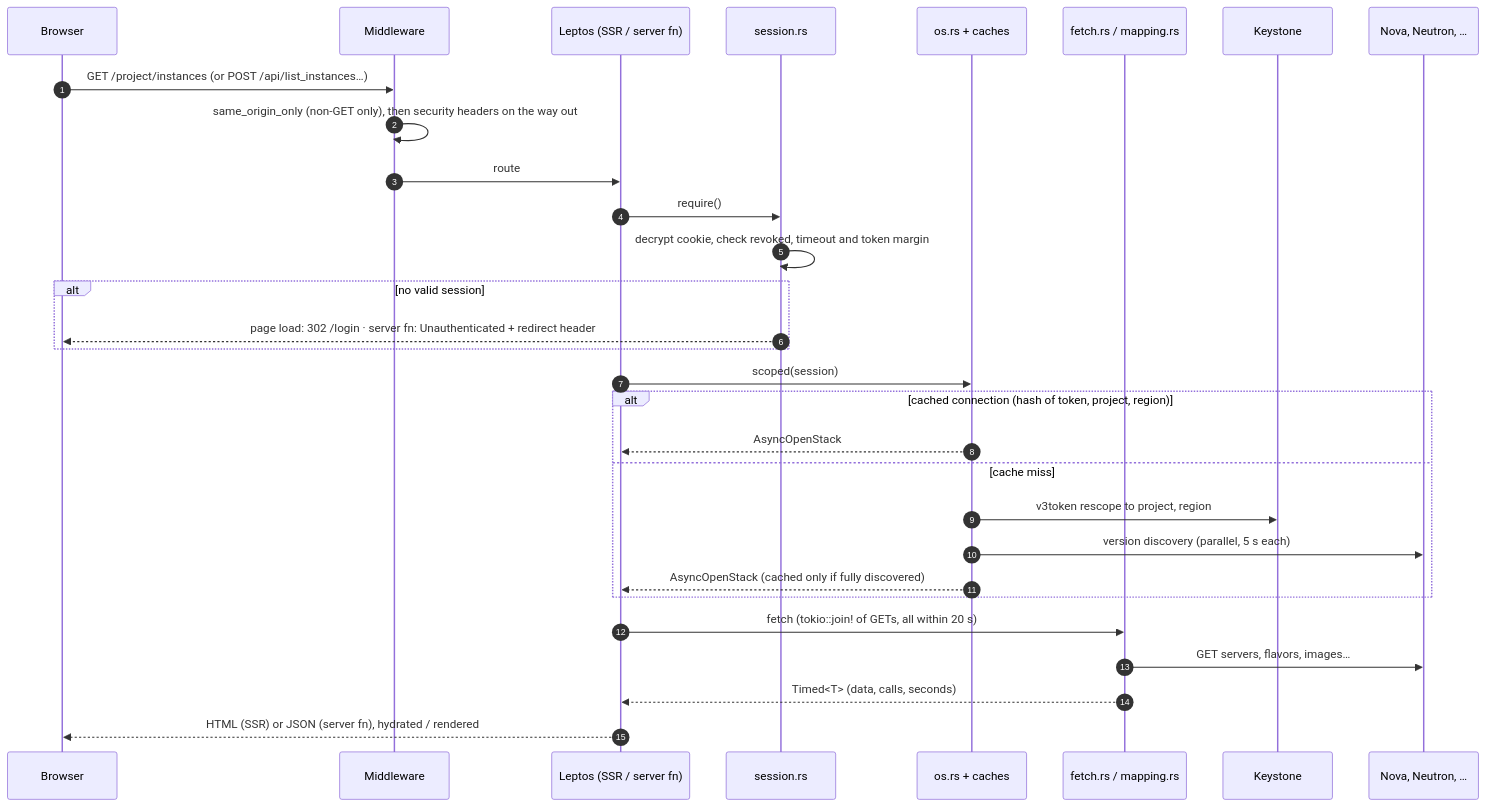
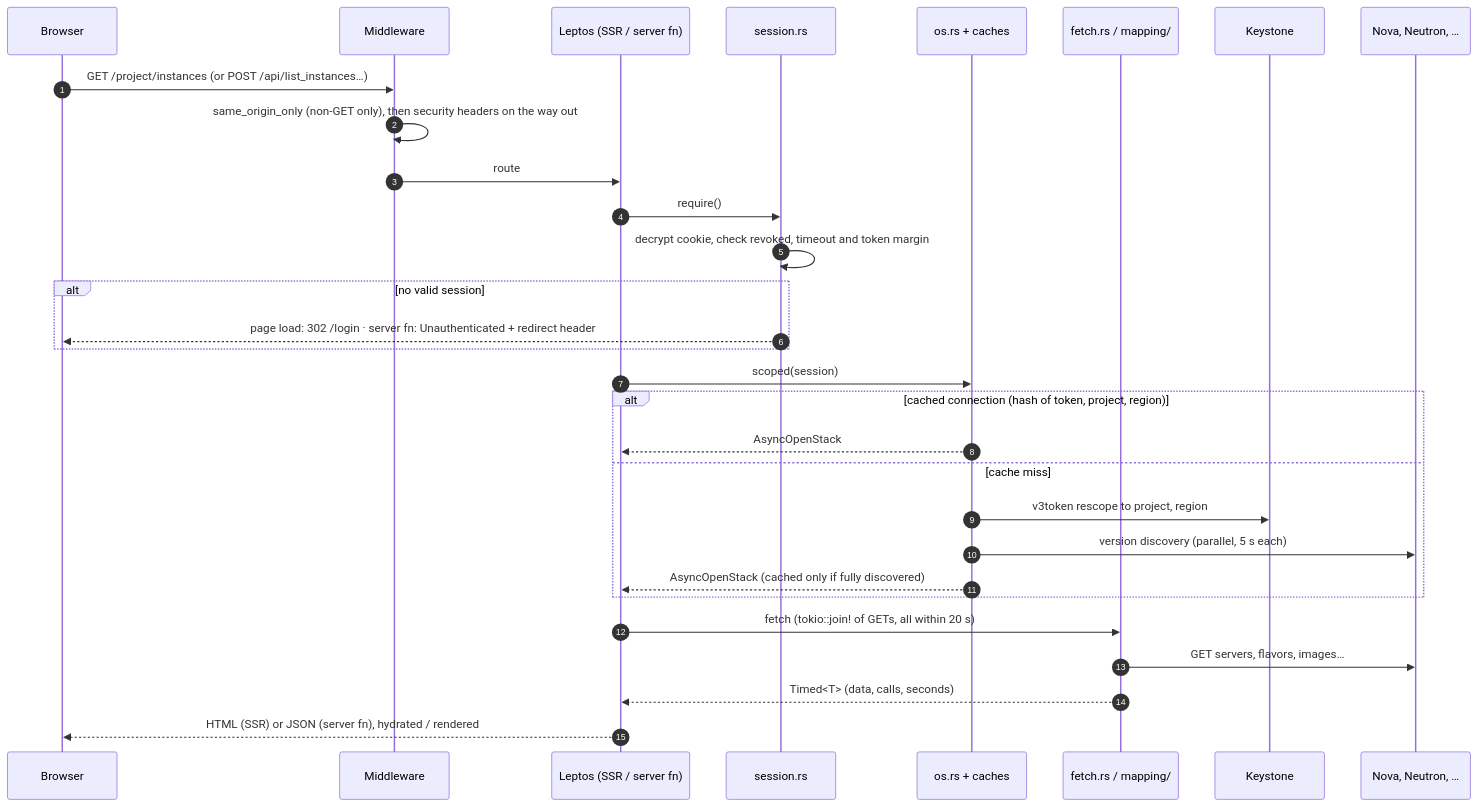
One commit to dmbuil/moonlight-rs changed the second of 7 diagrams in ARCHITECTURE.md. Above: the diagram before and after it, drawn with Mermaid. The commit also changed other lines of this file and 18 other files, not shown here.

First line of the commit message:
Roadmap 106: split server/mapping.rs into server/mapping/, one file per service

````diff
--- a/ARCHITECTURE.md
+++ b/ARCHITECTURE.md
@@ -140,33 +140,33 @@
 ```mermaid
 sequenceDiagram
     autonumber
     participant B as Browser
     participant M as Middleware
     participant L as Leptos (SSR / server fn)
     participant S as session.rs
     participant O as os.rs + caches
-    participant F as fetch.rs / mapping.rs
+    participant F as fetch.rs / mapping/
     participant K as Keystone
     participant N as Nova, Neutron, …
 
     B->>M: GET /project/instances (or POST /api/list_instances…)
     M->>M: same_origin_only (non-GET only), then security headers on the way out
     M->>L: route
     L->>S: require()
     S->>S: decrypt cookie, check revoked, timeout and token margin
     alt no valid session
         S-->>B: page load: 302 /login · server fn: Unauthenticated + redirect header
     end
     L->>O: scoped(session)
     alt cached connection (hash of token, project, region)
         O-->>L: AsyncOpenStack
     else cache miss
         O->>K: v3token rescope to project, region
         O->>N: version discovery (parallel, 5 s each)
         O-->>L: AsyncOpenStack (cached only if fully discovered)
     end
     L->>F: fetch (tokio::join! of GETs, all within 20 s)
     F->>N: GET servers, flavors, images…
     F-->>L: Timed<T> (data, calls, seconds)
     L-->>B: HTML (SSR) or JSON (server fn), hydrated / rendered
 ```
````
